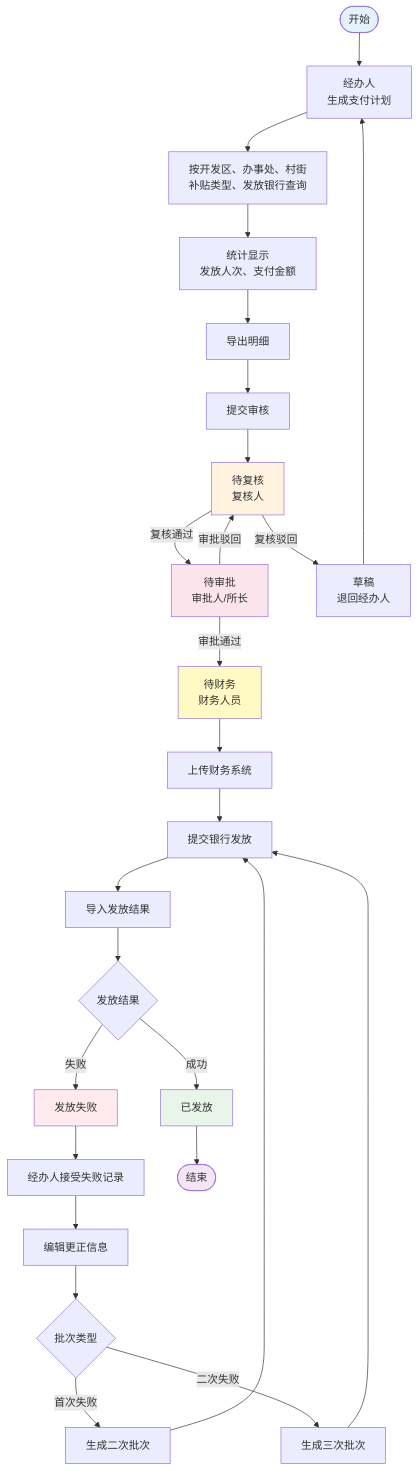
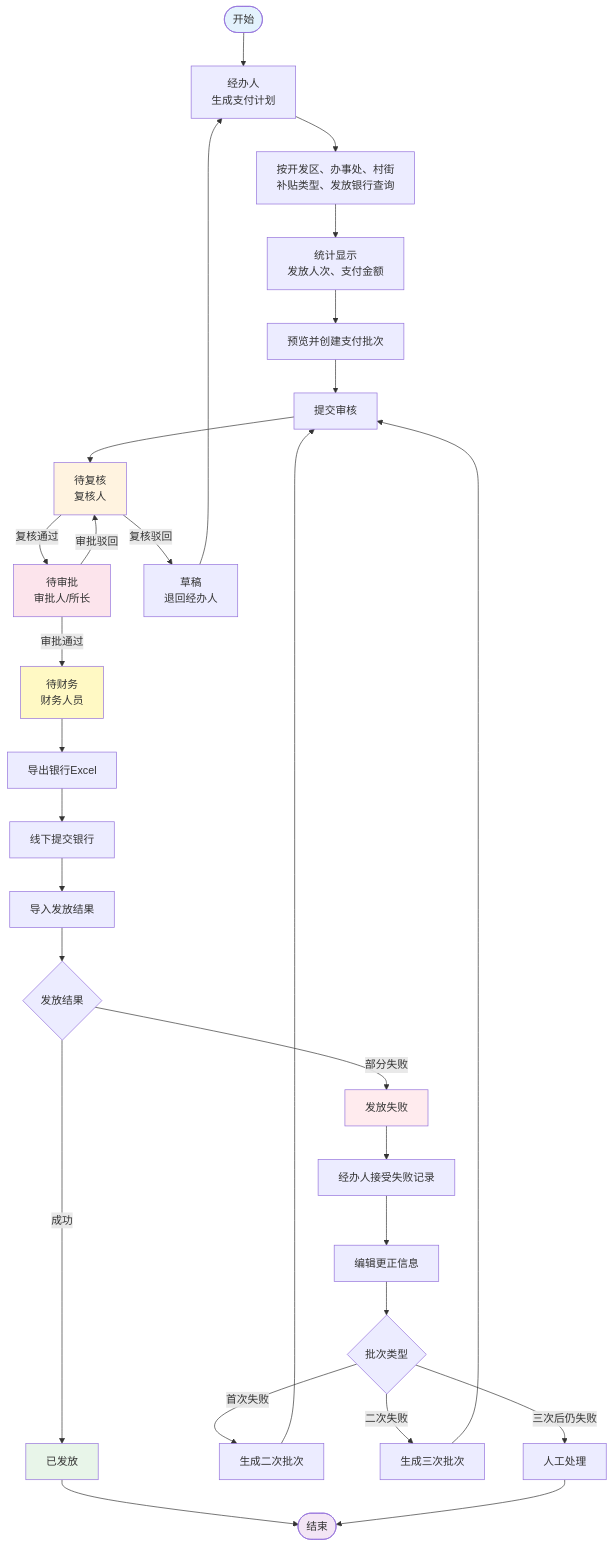
The ninth of 17 diagrams in spec/概要设计文档.md (gulbelhuai/lfsb), drawn with Mermaid before and after one commit. The commit also changed other lines of this file and 299 other files, not shown here.

````diff
--- a/spec/概要设计文档.md
+++ b/spec/概要设计文档.md
@@ -471,43 +475,45 @@
 ```mermaid
 flowchart TD
     Start([开始]) --> A[经办人<br/>生成支付计划]
     A --> B[按开发区、办事处、村街<br/>补贴类型、发放银行查询]
     B --> C[统计显示<br/>发放人次、支付金额]
-    C --> D[导出明细]
+    C --> D[预览并创建支付批次]
     D --> E[提交审核]
 
     E --> F[待复核<br/>复核人]
     F -->|复核通过| G[待审批<br/>审批人/所长]
     F -->|复核驳回| H[草稿<br/>退回经办人]
 
     G -->|审批通过| I[待财务<br/>财务人员]
     G -->|审批驳回| F
 
-    I --> J[上传财务系统]
-    J --> K[提交银行发放]
+    I --> J[导出银行Excel]
+    J --> K[线下提交银行]
     K --> L[导入发放结果]
     L --> M{发放结果}
 
     M -->|成功| N[已发放]
-    M -->|失败| O[发放失败]
+    M -->|部分失败| O[发放失败]
 
     O --> P[经办人接受失败记录]
     P --> Q[编辑更正信息]
     Q --> R{批次类型}
     R -->|首次失败| S[生成二次批次]
     R -->|二次失败| T[生成三次批次]
+    R -->|三次后仍失败| U[人工处理]
 
-    S --> K
-    T --> K
+    S --> E
+    T --> E
 
     N --> End([结束])
+    U --> End
     H --> A
 
     style Start fill:#e3f2fd
     style F fill:#fff3e0
     style G fill:#fce4ec
     style I fill:#fff9c4
     style N fill:#e8f5e9
     style O fill:#ffebee
     style End fill:#f3e5f5
 ```
````
